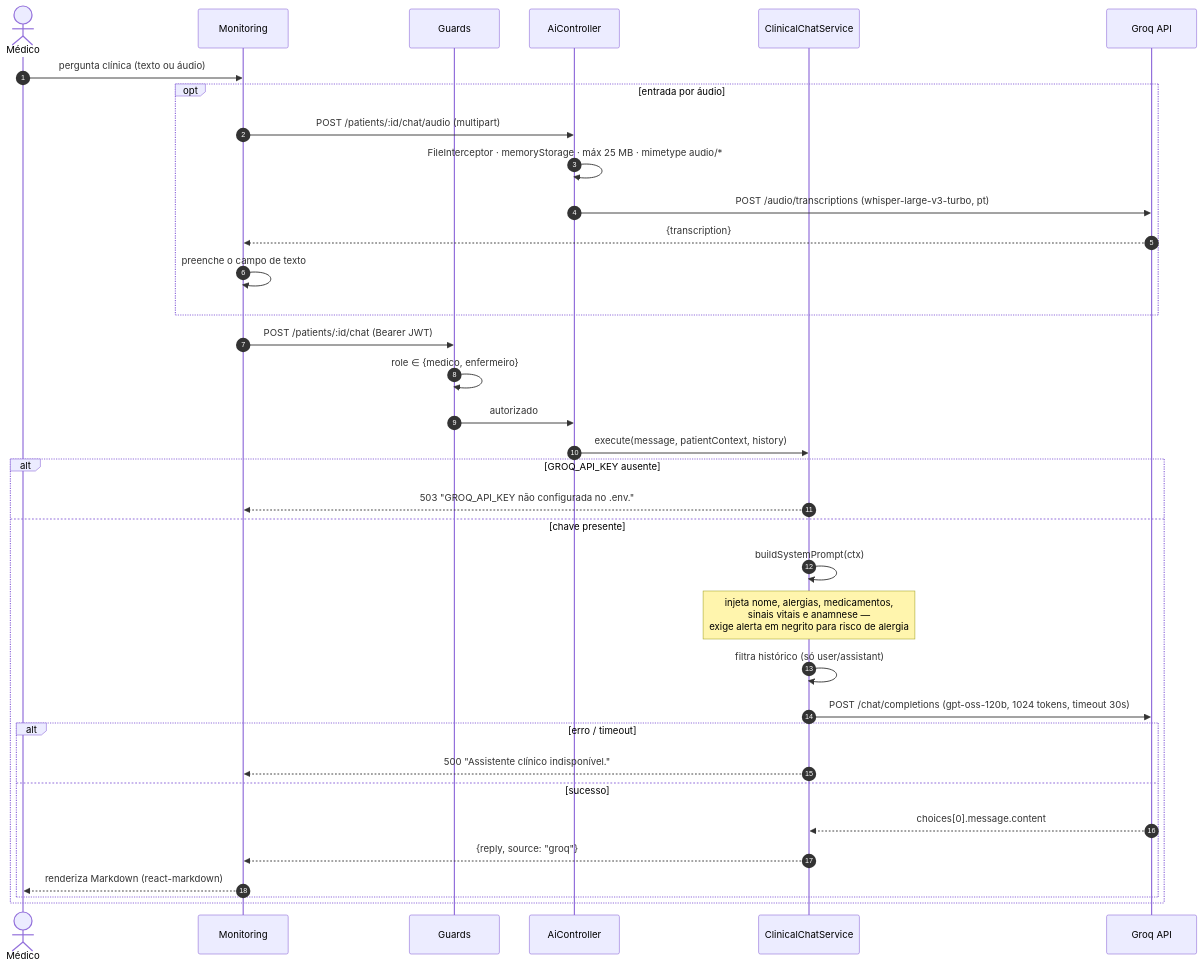
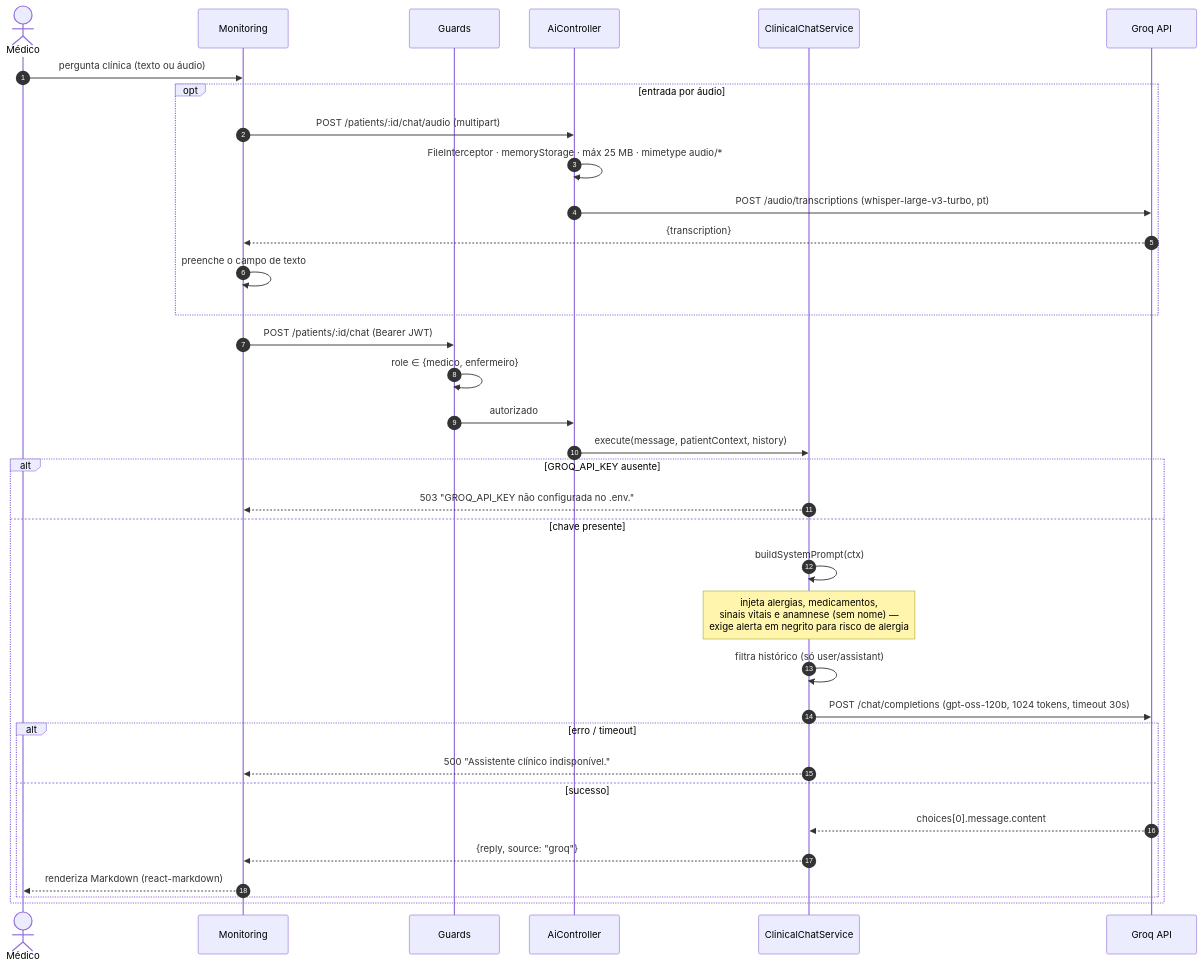
One commit to MikaelDiogo/HealthHub_Mono changed diagram 19 of 31 in DOCUMENTO_ENGENHARIA_SOFTWARE.md. Above: the diagram before and after it, drawn with Mermaid. The commit also changed other lines of this file and 11 other files, not shown here.

````diff
--- a/DOCUMENTO_ENGENHARIA_SOFTWARE.md
+++ b/DOCUMENTO_ENGENHARIA_SOFTWARE.md
@@ -1201,38 +1201,38 @@
 ```mermaid
 sequenceDiagram
     autonumber
     actor M as Médico
     participant MON as Monitoring
     participant G as Guards
     participant AC as AiController
     participant CCS as ClinicalChatService
     participant GROQ as Groq API
 
     M->>MON: pergunta clínica (texto ou áudio)
     opt entrada por áudio
         MON->>AC: POST /patients/:id/chat/audio (multipart)
         AC->>AC: FileInterceptor · memoryStorage · máx 25 MB · mimetype audio/*
         AC->>GROQ: POST /audio/transcriptions (whisper-large-v3-turbo, pt)
         GROQ-->>MON: {transcription}
         MON->>MON: preenche o campo de texto
     end
     MON->>G: POST /patients/:id/chat (Bearer JWT)
     G->>G: role ∈ {medico, enfermeiro}
     G->>AC: autorizado
     AC->>CCS: execute(message, patientContext, history)
     alt GROQ_API_KEY ausente
         CCS-->>MON: 503 "GROQ_API_KEY não configurada no .env."
     else chave presente
         CCS->>CCS: buildSystemPrompt(ctx)
-        Note over CCS: injeta nome, alergias, medicamentos,<br/>sinais vitais e anamnese —<br/>exige alerta em negrito para risco de alergia
+        Note over CCS: injeta alergias, medicamentos,<br/>sinais vitais e anamnese (sem nome) —<br/>exige alerta em negrito para risco de alergia
         CCS->>CCS: filtra histórico (só user/assistant)
         CCS->>GROQ: POST /chat/completions (gpt-oss-120b, 1024 tokens, timeout 30s)
         alt erro / timeout
             CCS-->>MON: 500 "Assistente clínico indisponível."
         else sucesso
             GROQ-->>CCS: choices[0].message.content
             CCS-->>MON: {reply, source: "groq"}
             MON-->>M: renderiza Markdown (react-markdown)
         end
     end
 ```
````
